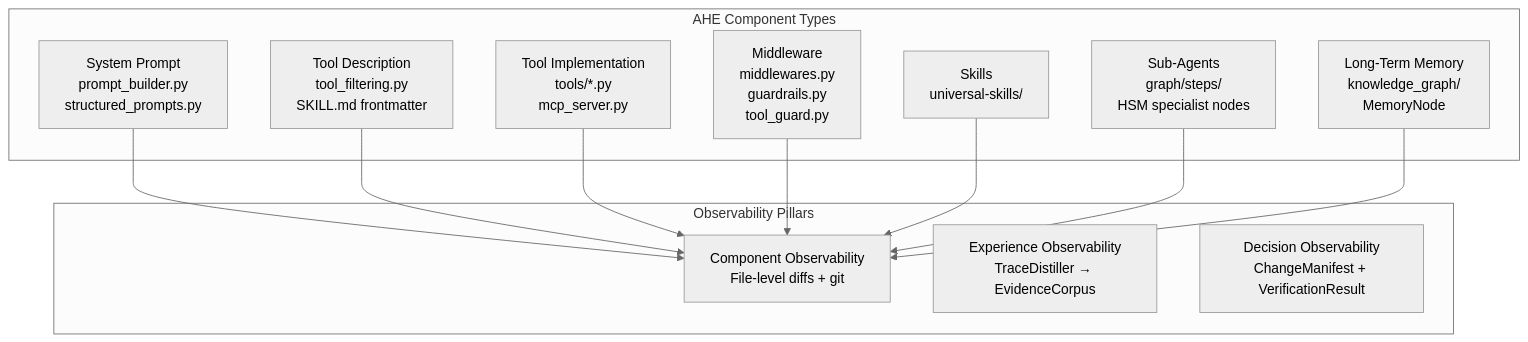
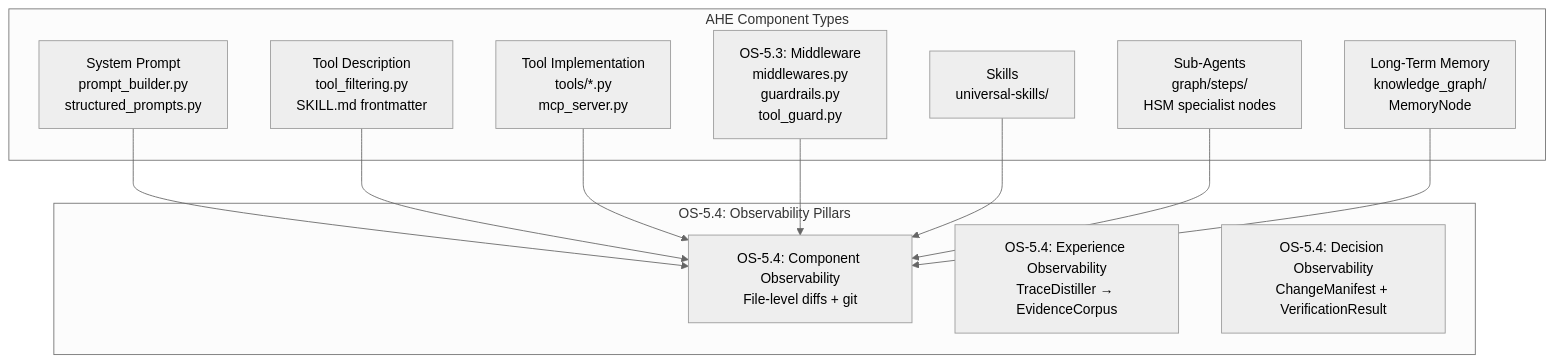
The second of 3 diagrams in docs/guides/AHE_ARCHITECTURE.md (Knuckles-Team/agent-utilities), drawn with Mermaid (neutral theme) before and after one commit. The commit also changed other lines of this file and 325 other files, not shown here.

````diff
--- a/docs/guides/AHE_ARCHITECTURE.md
+++ b/docs/guides/AHE_ARCHITECTURE.md
@@ -40,26 +40,26 @@
 ```mermaid
 graph TD
     subgraph "AHE Component Types"
         SP[System Prompt<br>prompt_builder.py<br>structured_prompts.py]
         TD[Tool Description<br>tool_filtering.py<br>SKILL.md frontmatter]
         TI[Tool Implementation<br>tools/*.py<br>mcp_server.py]
-        MW[Middleware<br>middlewares.py<br>guardrails.py<br>tool_guard.py]
+        MW[OS-5.3: Middleware<br>middlewares.py<br>guardrails.py<br>tool_guard.py]
         SK[Skills<br>universal-skills/]
         SA[Sub-Agents<br>graph/steps/<br>HSM specialist nodes]
         LM[Long-Term Memory<br>knowledge_graph/<br>MemoryNode]
     end
 
-    subgraph "Observability Pillars"
-        CO[Component Observability<br>File-level diffs + git]
-        EO[Experience Observability<br>TraceDistiller → EvidenceCorpus]
-        DO[Decision Observability<br>ChangeManifest + VerificationResult]
+    subgraph "OS-5.4: Observability Pillars"
+        CO[OS-5.4: Component Observability<br>File-level diffs + git]
+        EO[OS-5.4: Experience Observability<br>TraceDistiller → EvidenceCorpus]
+        DO[OS-5.4: Decision Observability<br>ChangeManifest + VerificationResult]
     end
 
     SP --> CO
     TD --> CO
     TI --> CO
     MW --> CO
     SK --> CO
     SA --> CO
     LM --> CO
 ```
````
